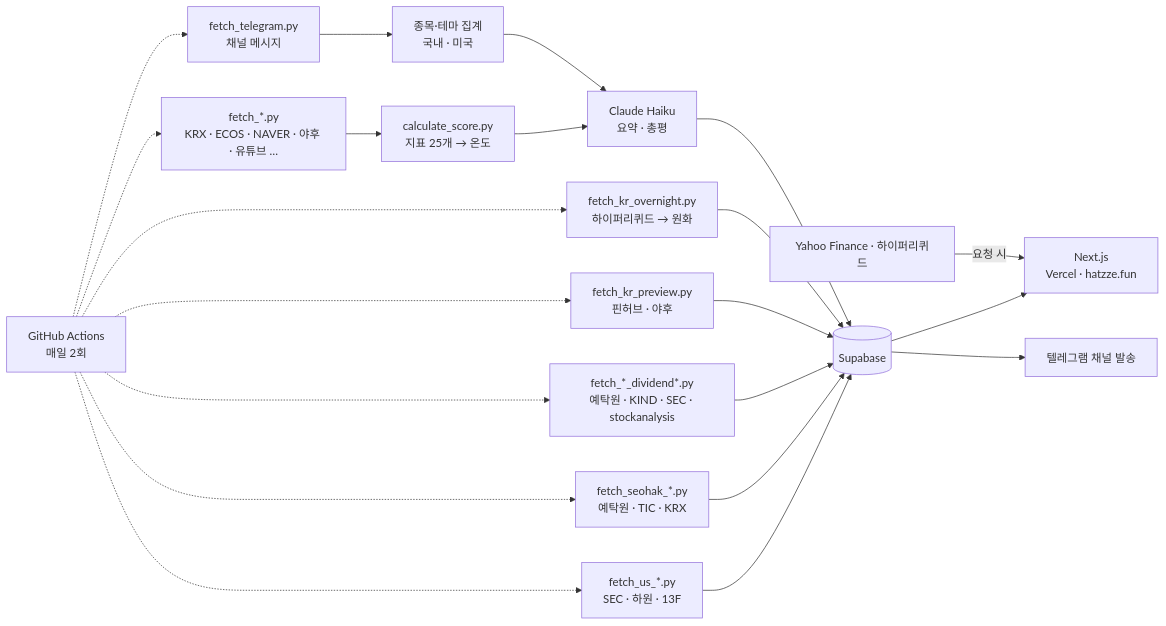
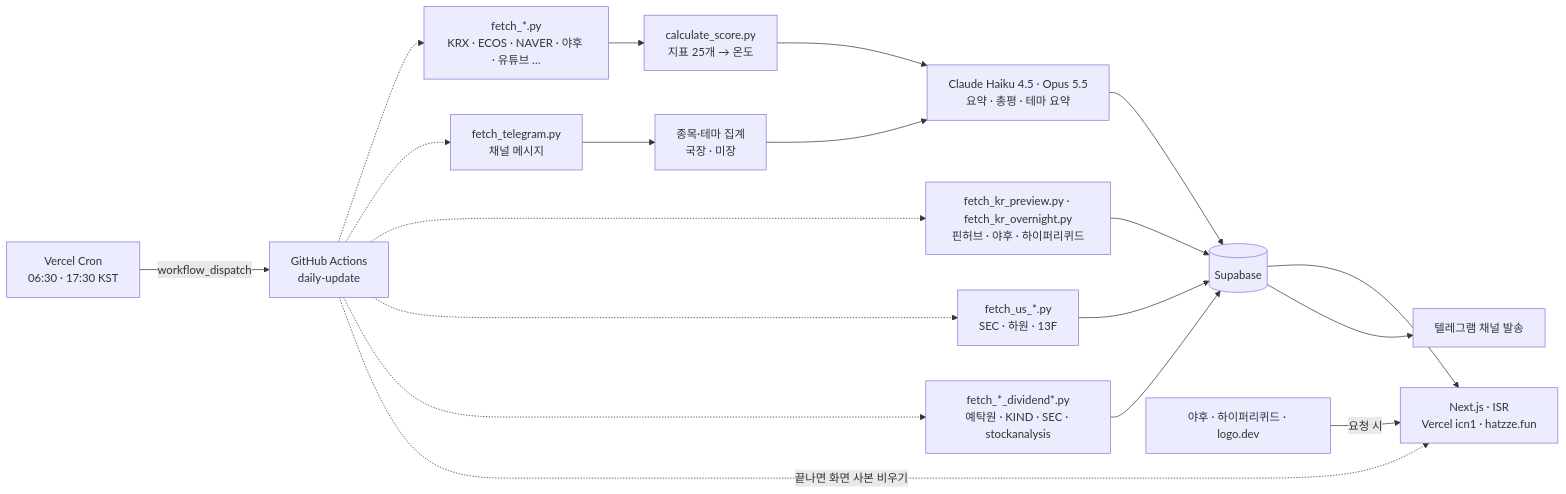
Before and after one commit to drakedog-kr/hatzze: the diagram in README.md, drawn with Mermaid. The commit also changed other lines of this file, not shown here.

First line of the commit message:
📝 README 를 v1.21.0 기준으로 — 테마 리포트·검색·잡 분리·ISR·Opus 반영, 서학개미 장부 내림

````diff
--- a/README.md
+++ b/README.md
@@ -29,23 +33,21 @@
 ```mermaid
 flowchart LR
-    A["fetch_*.py<br/>KRX · ECOS · NAVER · 야후 · 유튜브 …"] --> B["calculate_score.py<br/>지표 25개 → 온도"]
-    T1["fetch_telegram.py<br/>채널 메시지"] --> T2["종목·테마 집계<br/>국내 · 미국"]
-    U1["fetch_us_*.py<br/>SEC · 하원 · 13F"] --> D
-    S1["fetch_seohak_*.py<br/>예탁원 · TIC · KRX"] --> D
-    V1["fetch_*_dividend*.py<br/>예탁원 · KIND · SEC · stockanalysis"] --> D
-    P1["fetch_kr_preview.py<br/>핀허브 · 야후"] --> D
-    P2["fetch_kr_overnight.py<br/>하이퍼리퀴드 → 원화"] --> D
-    B --> L["Claude Haiku<br/>요약 · 총평"]
+    CR["Vercel Cron<br/>06:30 · 17:30 KST"] -->|workflow_dispatch| G["GitHub Actions<br/>daily-update"]
+    G -.-> A["fetch_*.py<br/>KRX · ECOS · NAVER · 야후 · 유튜브 …"]
+    G -.-> T1["fetch_telegram.py<br/>채널 메시지"]
+    G -.-> P1["fetch_kr_preview.py · fetch_kr_overnight.py<br/>핀허브 · 야후 · 하이퍼리퀴드"]
+    G -.-> U1["fetch_us_*.py<br/>SEC · 하원 · 13F"]
+    G -.-> V1["fetch_*_dividend*.py<br/>예탁원 · KIND · SEC · stockanalysis"]
+    A --> B["calculate_score.py<br/>지표 25개 → 온도"]
+    T1 --> T2["종목·테마 집계<br/>국장 · 미장"]
+    B --> L["Claude Haiku 4.5 · Opus 5.5<br/>요약 · 총평 · 테마 요약"]
     T2 --> L
     L --> D[("Supabase")]
-    D --> E["Next.js<br/>Vercel · hatzze.fun"]
+    P1 --> D
+    U1 --> D
+    V1 --> D
+    D --> E["Next.js · ISR<br/>Vercel icn1 · hatzze.fun"]
     D --> BC["텔레그램 채널 발송"]
-    Y["Yahoo Finance · 하이퍼리퀴드"] -->|요청 시| E
-    G["GitHub Actions<br/>매일 2회"] -.-> A
-    G -.-> T1
-    G -.-> U1
-    G -.-> S1
-    G -.-> V1
-    G -.-> P1
-    G -.-> P2
+    G -.->|끝나면 화면 사본 비우기| E
+    Y["야후 · 하이퍼리퀴드 · logo.dev"] -->|요청 시| E
 ```
````
